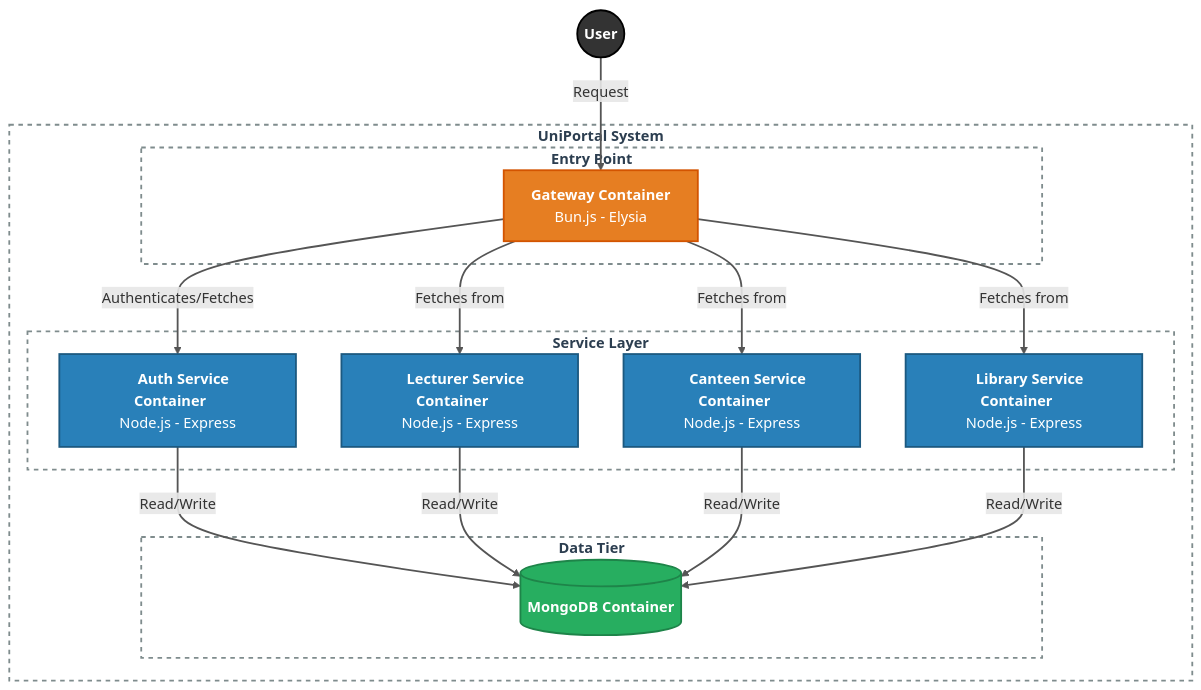
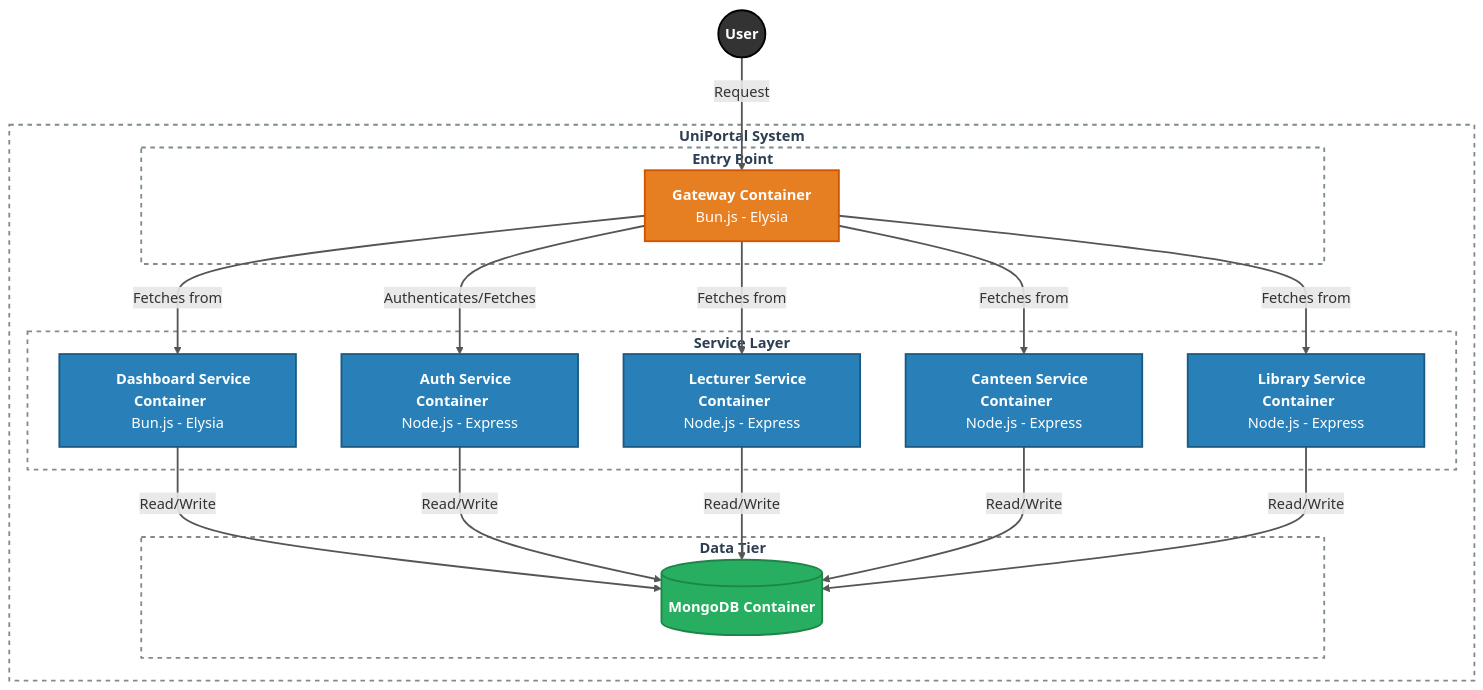
One commit to thaminuZs/uni-portal-microservices changed the diagram in README.md. Above: the diagram before and after it, drawn with Mermaid.

Commit message:
md update 13

````diff
--- a/README.md
+++ b/README.md
@@ -3,49 +3,52 @@
 ```mermaid
 graph TD
     %% Class Definitions
     classDef userStyle fill:#333,stroke:#000,stroke-width:2px,color:#fff;
     classDef gatewayStyle fill:#E67E22,stroke:#D35400,stroke-width:2px,color:#fff;
     classDef serviceStyle fill:#2980B9,stroke:#1C5980,stroke-width:2px,color:#fff;
     classDef dbStyle fill:#27AE60,stroke:#1E8449,stroke-width:2px,color:#fff;
     classDef boundaryStyle fill:#ffffff,stroke:#7F8C8D,stroke-width:2px,stroke-dasharray: 5 5,color:#2C3E50;
 
     %% External User
     User((<b>User</b>)):::userStyle
 
     subgraph SystemBoundary ["<b>UniPortal System</b>"]
         
         subgraph Layer1 ["<b>Entry Point</b>"]
             Gateway["<b>Gateway Container</b><br>Bun.js - Elysia"]:::gatewayStyle
         end
 
         subgraph Layer2 ["<b>Service Layer</b>"]
+            Dashboard["&nbsp;&nbsp;&nbsp;&nbsp;<b>Dashboard Service Container</b>&nbsp;&nbsp;&nbsp;&nbsp;<br>Bun.js - Elysia"]:::serviceStyle
             Auth["&nbsp;&nbsp;&nbsp;&nbsp;<b>Auth Service Container</b>&nbsp;&nbsp;&nbsp;&nbsp;<br>Node.js - Express"]:::serviceStyle
             Lecturer["&nbsp;&nbsp;&nbsp;&nbsp;<b>Lecturer Service Container</b>&nbsp;&nbsp;&nbsp;&nbsp;<br>Node.js - Express"]:::serviceStyle
             Canteen["&nbsp;&nbsp;&nbsp;&nbsp;<b>Canteen Service Container</b>&nbsp;&nbsp;&nbsp;&nbsp;<br>Node.js - Express"]:::serviceStyle
             Library["&nbsp;&nbsp;&nbsp;&nbsp;<b>Library Service Container</b>&nbsp;&nbsp;&nbsp;&nbsp;<br>Node.js - Express"]:::serviceStyle
         end
 
         subgraph Layer3 ["<b>Data Tier</b>"]
             DB[("<b>MongoDB Container</b>")]:::dbStyle
         end
     end
 
     %% Communication Flow
     User -- "Request" --> Gateway
     
+    Gateway -- "Fetches from" --> Dashboard
     Gateway -- "Authenticates/Fetches" --> Auth
     Gateway -- "Fetches from" --> Lecturer
     Gateway -- "Fetches from" --> Canteen
     Gateway -- "Fetches from" --> Library
 
+    Dashboard -- "Read/Write" --> DB
     Auth -- "Read/Write" --> DB
     Lecturer -- "Read/Write" --> DB
     Canteen -- "Read/Write" --> DB
     Library -- "Read/Write" --> DB
 
     %% Apply Style to Boundaries
     class SystemBoundary,Layer1,Layer2,Layer3 boundaryStyle
 
     %% FORCING ARROW VISIBILITY
     linkStyle default stroke:#555,stroke-width:2px;
 ```
````
